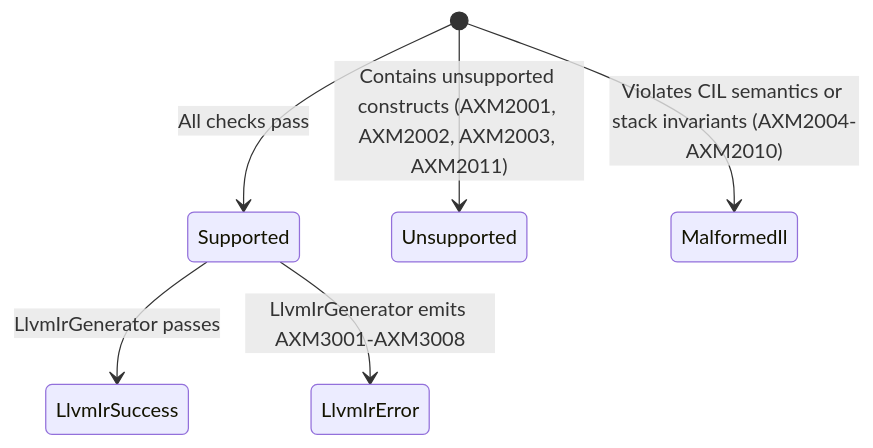
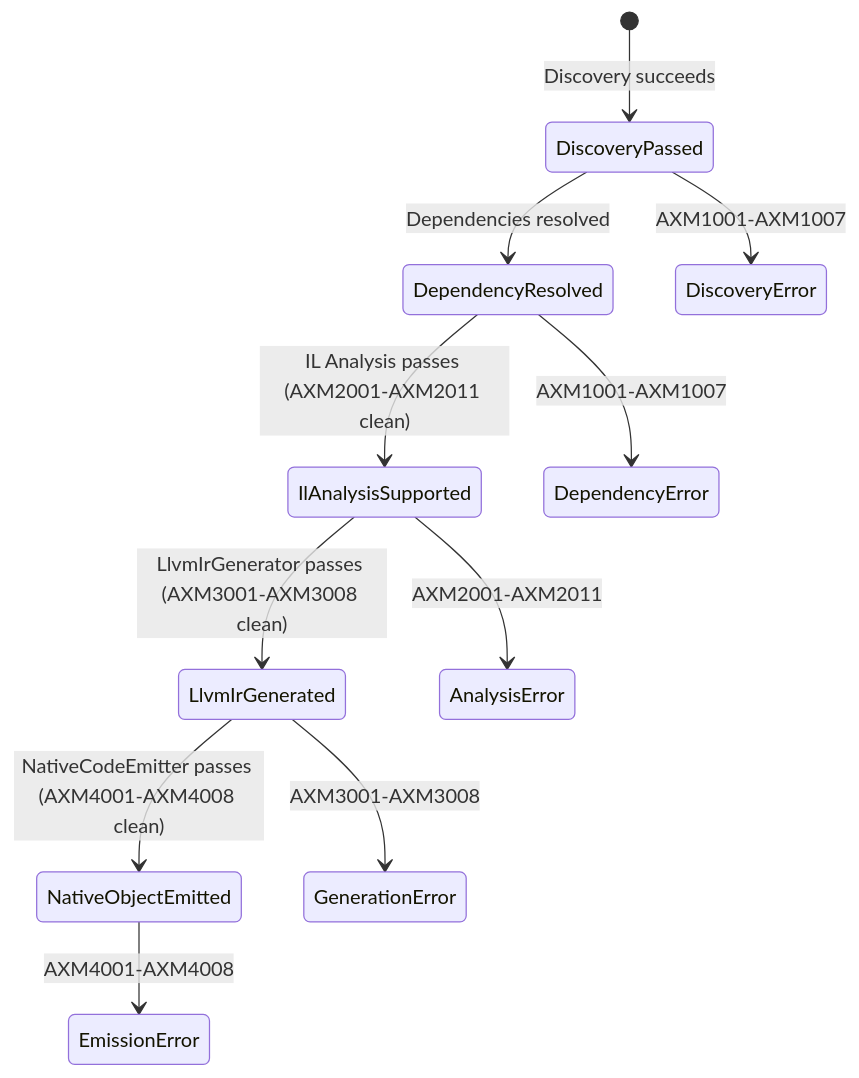
Before and after one commit to nyanworkz/Axiom.Native: the diagram in docs/diagnostics.md, drawn with Mermaid. The commit also changed other lines of this file and 20 other files, not shown here.

````diff
--- a/docs/diagnostics.md
+++ b/docs/diagnostics.md
@@ -63,8 +79,14 @@
 ```mermaid
 stateDiagram-v2
-    [*] --> Supported: All checks pass
-    [*] --> Unsupported: Contains unsupported constructs (AXM2001, AXM2002, AXM2003, AXM2011)
-    [*] --> MalformedIl: Violates CIL semantics or stack invariants (AXM2004-AXM2010)
-    Supported --> LlvmIrSuccess: LlvmIrGenerator passes
-    Supported --> LlvmIrError: LlvmIrGenerator emits AXM3001-AXM3008
+    [*] --> DiscoveryPassed: Discovery succeeds
+    DiscoveryPassed --> DependencyResolved: Dependencies resolved
+    DependencyResolved --> IlAnalysisSupported: IL Analysis passes (AXM2001-AXM2011 clean)
+    IlAnalysisSupported --> LlvmIrGenerated: LlvmIrGenerator passes (AXM3001-AXM3008 clean)
+    LlvmIrGenerated --> NativeObjectEmitted: NativeCodeEmitter passes (AXM4001-AXM4008 clean)
+
+    DiscoveryPassed --> DiscoveryError: AXM1001-AXM1007
+    DependencyResolved --> DependencyError: AXM1001-AXM1007
+    IlAnalysisSupported --> AnalysisError: AXM2001-AXM2011
+    LlvmIrGenerated --> GenerationError: AXM3001-AXM3008
+    NativeObjectEmitted --> EmissionError: AXM4001-AXM4008
 ```
````
